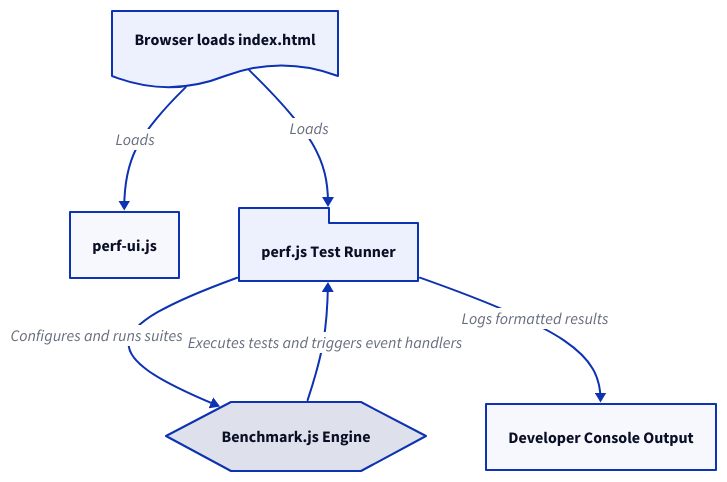
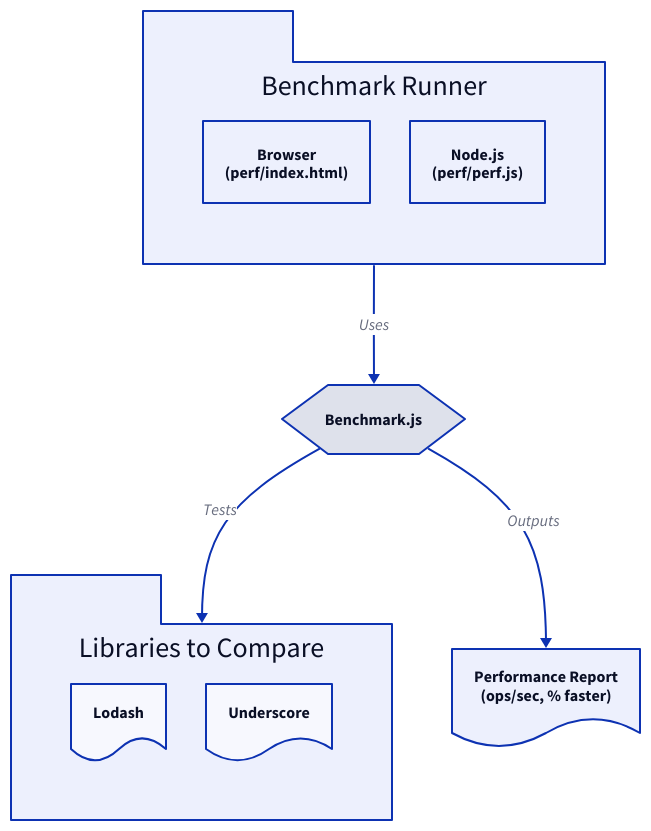
The diagram in .aigne/doc-smith/docs/guides-performance.md (lban2049/lodash), drawn with D2 before and after one commit. The commit also changed other lines of this file and 40 other files, not shown here.

````diff
--- a/.aigne/doc-smith/docs/guides-performance.md
+++ b/.aigne/doc-smith/docs/guides-performance.md
@@ -39,34 +17,46 @@
 ```d2
 direction: down
 
-"index.html": {
-  label: "Browser loads index.html"
+"Benchmark-Runner": {
+  shape: package
+  label: "Benchmark Runner"
+  grid-columns: 2
+
+  "Browser-Test": {
+    label: "Browser\n(perf/index.html)"
+    shape: rectangle
+  }
+
+  "CLI-Test": {
+    label: "Node.js\n(perf/perf.js)"
+    shape: rectangle
+  }
+}
+
+"Benchmark-js": {
+  label: "Benchmark.js"
+  shape: hexagon
+}
+
+"Libraries-to-Compare": {
+  shape: package
+  label: "Libraries to Compare"
+  grid-columns: 2
+
+  "Lodash": { 
+    shape: document
+  }
+  "Underscore": {
+    shape: document
+  }
+}
+
+"Results": {
+  label: "Performance Report\n(ops/sec, % faster)"
   shape: document
 }
 
-"perf-ui.js": {
-  label: "perf-ui.js"
-  shape: rectangle
-}
-
-"perf.js": {
-  label: "perf.js Test Runner"
-  shape: package
-}
-
-"Benchmark.js": {
-  label: "Benchmark.js Engine"
-  shape: hexagon
-}
-
-"console": {
-  label: "Developer Console Output"
-  shape: rectangle
-}
-
-"index.html" -> "perf-ui.js": "Loads"
-"index.html" -> "perf.js": "Loads"
-"perf.js" -> "Benchmark.js": "Configures and runs suites"
-"Benchmark.js" -> "perf.js": "Executes tests and triggers event handlers"
-"perf.js" -> "console": "Logs formatted results"
+"Benchmark-Runner" -> "Benchmark-js": "Uses"
+"Benchmark-js" -> "Libraries-to-Compare": "Tests"
+"Benchmark-js" -> "Results": "Outputs"
 ```
````
